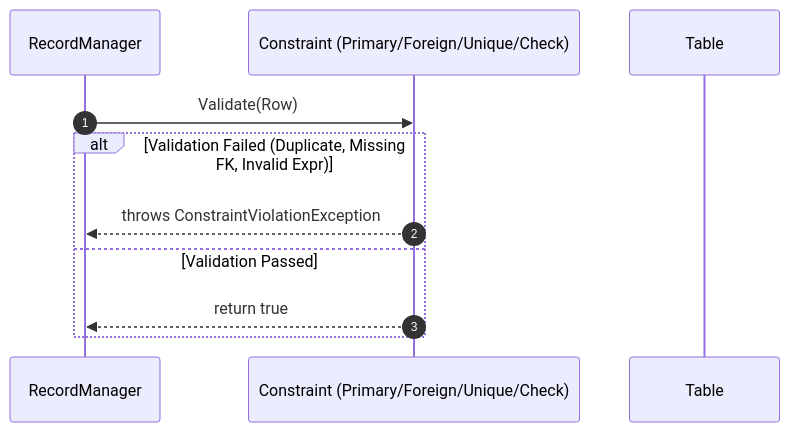
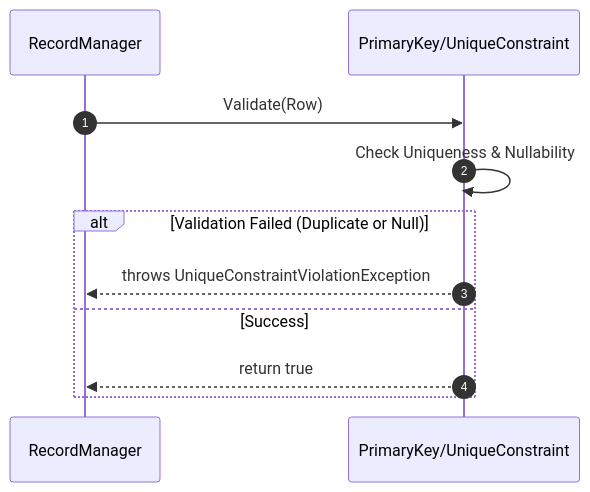
Diagram 12 of 51 in docs/sequence-diagrams/README.md (Hagiakhanh/bbv-dbms), drawn with Mermaid before and after one commit. The commit also changed other lines of this file and 4 other files, not shown here.

````diff
--- a/docs/sequence-diagrams/README.md
+++ b/docs/sequence-diagrams/README.md
@@ -360,14 +530,14 @@
 ```mermaid
 sequenceDiagram
     autonumber
     participant RecordMgr as RecordManager
-    participant Constr as Constraint (Primary/Foreign/Unique/Check)
-    participant Tbl as Table
+    participant Constr as PrimaryKey/UniqueConstraint
     
     RecordMgr->>Constr: Validate(Row)
-    alt Validation Failed (Duplicate, Missing FK, Invalid Expr)
-        Constr-->>RecordMgr: throws ConstraintViolationException
-    else Validation Passed
+    Constr->>Constr: Check Uniqueness & Nullability
+    alt Validation Failed (Duplicate or Null)
+        Constr-->>RecordMgr: throws UniqueConstraintViolationException
+    else Success
         Constr-->>RecordMgr: return true
     end
 ```
````
